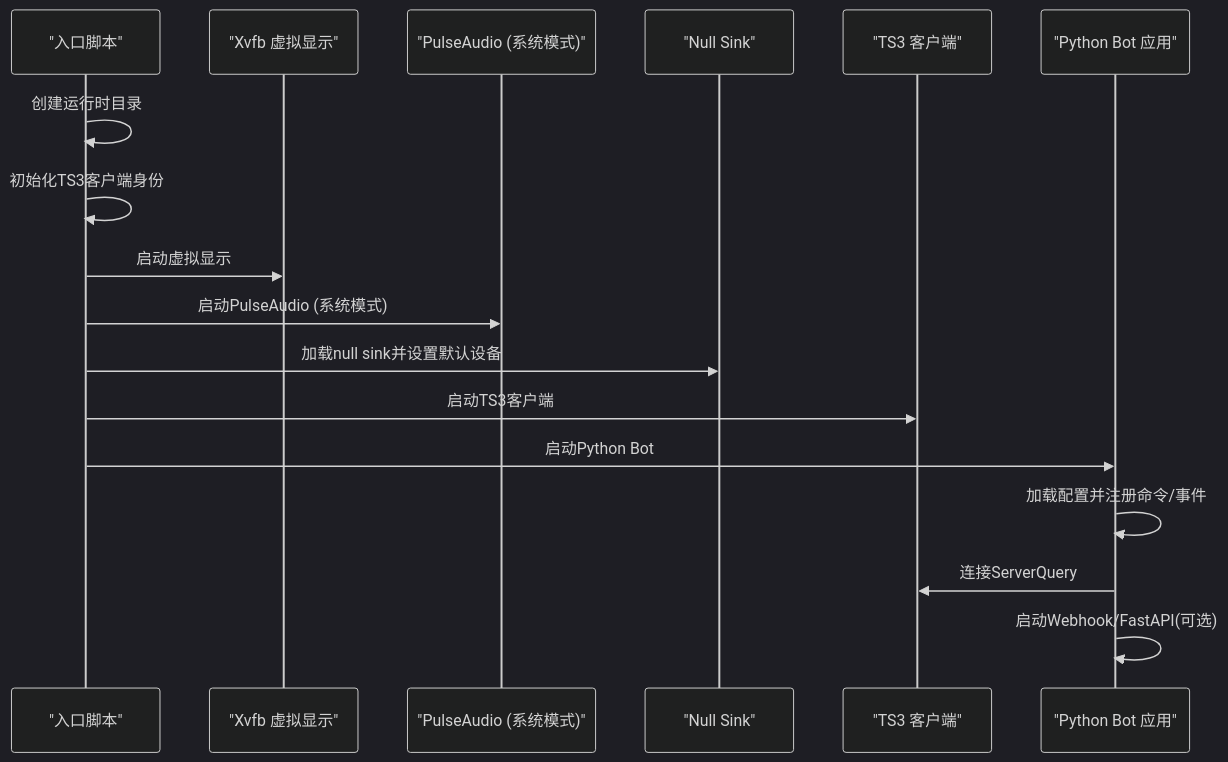
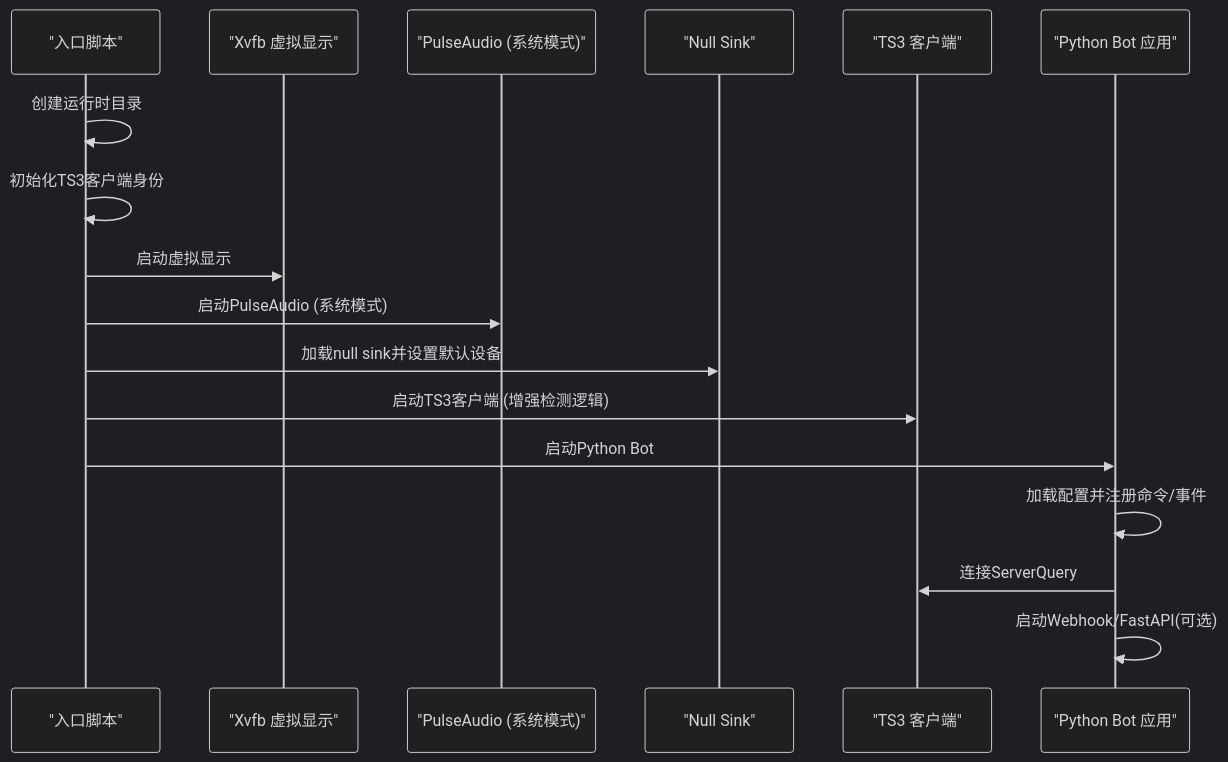
One commit to GhoulOwl/Teamspeak3_Bot changed the second of 3 diagrams in .qoder/repowiki/zh/content/部署和运维/Docker容器化部署.md. Above: the diagram before and after it, drawn with Mermaid (dark theme). The commit also changed other lines of this file and 8 other files, not shown here.

````diff
--- a/.qoder/repowiki/zh/content/部署和运维/Docker容器化部署.md
+++ b/.qoder/repowiki/zh/content/部署和运维/Docker容器化部署.md
@@ -113,19 +108,19 @@
 ```mermaid
 sequenceDiagram
 participant Entrypoint as "入口脚本"
 participant Xvfb as "Xvfb 虚拟显示"
 participant Pulse as "PulseAudio (系统模式)"
 participant NullSink as "Null Sink"
 participant TS3 as "TS3 客户端"
 participant Bot as "Python Bot 应用"
 Entrypoint->>Entrypoint : 创建运行时目录
 Entrypoint->>Entrypoint : 初始化TS3客户端身份
 Entrypoint->>Xvfb : 启动虚拟显示
 Entrypoint->>Pulse : 启动PulseAudio (系统模式)
 Entrypoint->>NullSink : 加载null sink并设置默认设备
-Entrypoint->>TS3 : 启动TS3客户端
+Entrypoint->>TS3 : 启动TS3客户端 (增强检测逻辑)
 Entrypoint->>Bot : 启动Python Bot
 Bot->>Bot : 加载配置并注册命令/事件
 Bot->>TS3 : 连接ServerQuery
 Bot->>Bot : 启动Webhook/FastAPI(可选)
 ```
````
